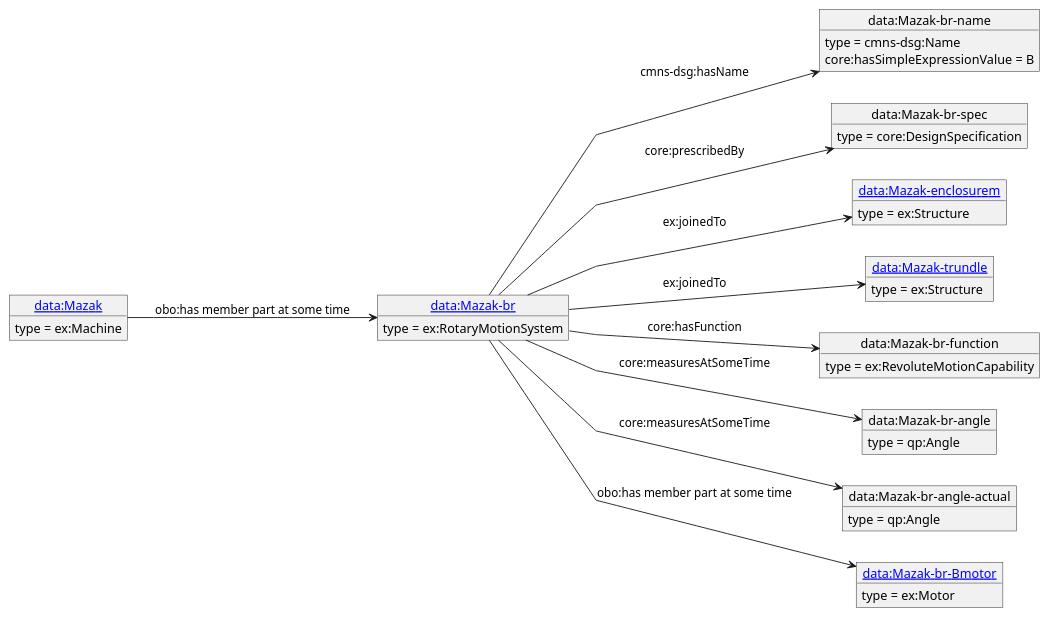
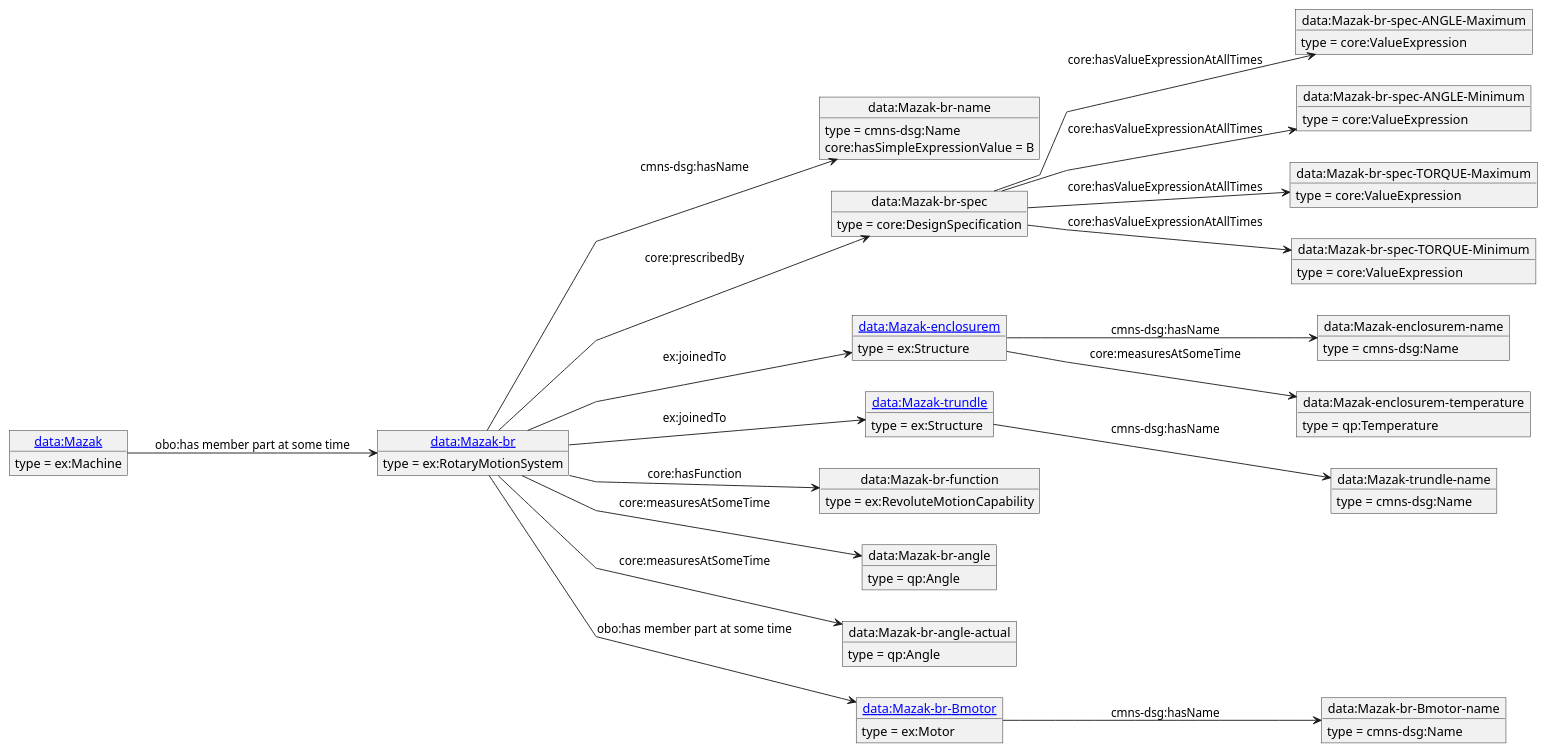
One commit to iofoundry/example-syseng-mtconnect changed the diagram in diagrams/Mazak-br.puml. Above: the diagram before and after it, drawn with PlantUML. The commit also changed 162 other files, not shown here.

```diff
--- a/diagrams/Mazak-br.puml
+++ b/diagrams/Mazak-br.puml
@@ -1,44 +1,76 @@
 @startuml
 skinparam linetype polyline
 left to right direction
 object "[[./Mazak-br.html data:Mazak-br]]" as o1 {
  type = ex:RotaryMotionSystem
  }
 object "data:Mazak-br-name" as o2 {
  type = cmns-dsg:Name
  }
 object "data:Mazak-br-spec" as o3 {
  type = core:DesignSpecification
  }
-object "[[./Mazak-enclosurem.html data:Mazak-enclosurem]]" as o4 {
+object "data:Mazak-br-spec-ANGLE-Maximum" as o4 {
+ type = core:ValueExpression
+ }
+object "data:Mazak-br-spec-ANGLE-Minimum" as o5 {
+ type = core:ValueExpression
+ }
+object "data:Mazak-br-spec-TORQUE-Maximum" as o6 {
+ type = core:ValueExpression
+ }
+object "data:Mazak-br-spec-TORQUE-Minimum" as o7 {
+ type = core:ValueExpression
+ }
+object "[[./Mazak-enclosurem.html data:Mazak-enclosurem]]" as o8 {
  type = ex:Structure
  }
-object "[[./Mazak-trundle.html data:Mazak-trundle]]" as o5 {
+object "data:Mazak-enclosurem-name" as o9 {
+ type = cmns-dsg:Name
+ }
+object "data:Mazak-enclosurem-temperature" as o10 {
+ type = qp:Temperature
+ }
+object "[[./Mazak-trundle.html data:Mazak-trundle]]" as o11 {
  type = ex:Structure
  }
-object "data:Mazak-br-function" as o6 {
+object "data:Mazak-trundle-name" as o12 {
+ type = cmns-dsg:Name
+ }
+object "data:Mazak-br-function" as o13 {
  type = ex:RevoluteMotionCapability
  }
-object "data:Mazak-br-angle" as o7 {
+object "data:Mazak-br-angle" as o14 {
  type = qp:Angle
  }
-object "data:Mazak-br-angle-actual" as o8 {
+object "data:Mazak-br-angle-actual" as o15 {
  type = qp:Angle
  }
-object "[[./Mazak-br-Bmotor.html data:Mazak-br-Bmotor]]" as o9 {
+object "[[./Mazak-br-Bmotor.html data:Mazak-br-Bmotor]]" as o16 {
  type = ex:Motor
  }
-object "[[./Mazak.html data:Mazak]]" as o10 {
+object "data:Mazak-br-Bmotor-name" as o17 {
+ type = cmns-dsg:Name
+ }
+object "[[./Mazak.html data:Mazak]]" as o18 {
  type = ex:Machine
  }
 o1 --> o2 : cmns-dsg:hasName
 o2 : core:hasSimpleExpressionValue = B
 o1 --> o3 : core:prescribedBy
-o1 --> o4 : ex:joinedTo
-o1 --> o5 : ex:joinedTo
-o1 --> o6 : core:hasFunction
-o1 --> o7 : core:measuresAtSomeTime
-o1 --> o8 : core:measuresAtSomeTime
-o1 --> o9 : obo:has member part at some time
-o10 --> o1 : obo:has member part at some time
+o3 --> o4 : core:hasValueExpressionAtAllTimes
+o3 --> o5 : core:hasValueExpressionAtAllTimes
+o3 --> o6 : core:hasValueExpressionAtAllTimes
+o3 --> o7 : core:hasValueExpressionAtAllTimes
+o1 --> o8 : ex:joinedTo
+o8 --> o9 : cmns-dsg:hasName
+o8 --> o10 : core:measuresAtSomeTime
+o1 --> o11 : ex:joinedTo
+o11 --> o12 : cmns-dsg:hasName
+o1 --> o13 : core:hasFunction
+o1 --> o14 : core:measuresAtSomeTime
+o1 --> o15 : core:measuresAtSomeTime
+o1 --> o16 : obo:has member part at some time
+o16 --> o17 : cmns-dsg:hasName
+o18 --> o1 : obo:has member part at some time
 @enduml
```
